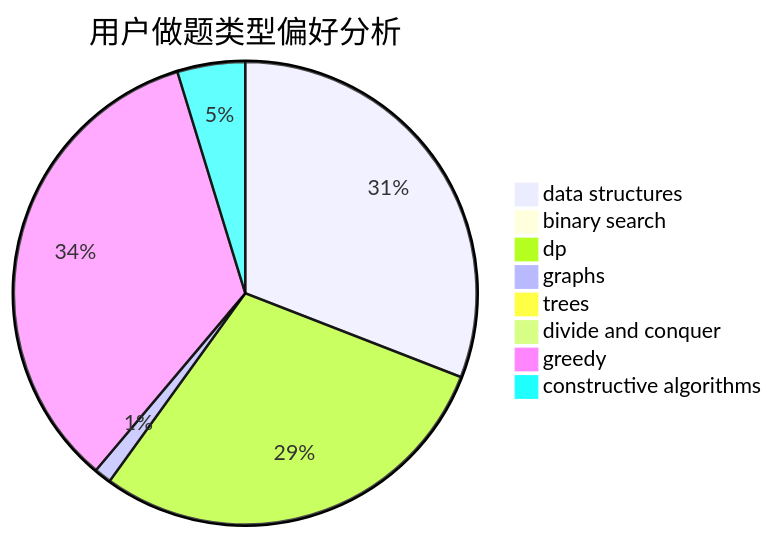
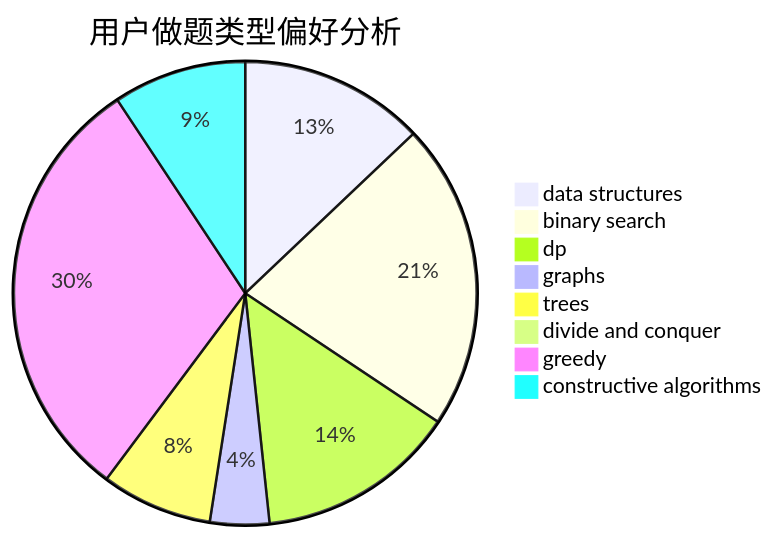
Before and after one commit to sherpahu/cfrs.github.io: the second of 3 diagrams in docs/user/u2594.md, drawn with Mermaid. The commit also changed other lines of this file and 2770 other files, not shown here.

````diff
--- a/docs/user/u2594.md
+++ b/docs/user/u2594.md
@@ -23,11 +23,11 @@
 ```mermaid
 pie title 用户做题类型偏好分析
-    "data structures" :  385
-    "binary search" :  5
-    "dp" :  362
-    "graphs" :  15
-    "trees" :  9
+    "data structures" :  50
+    "binary search" :  83
+    "dp" :  54
+    "graphs" :  16
+    "trees" :  30
     "divide and conquer" :  0
-    "greedy" :  425
-    "constructive algorithms" :  59
+    "greedy" :  118
+    "constructive algorithms" :  36
 ```
````
